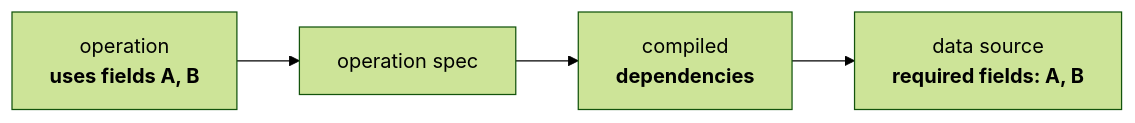
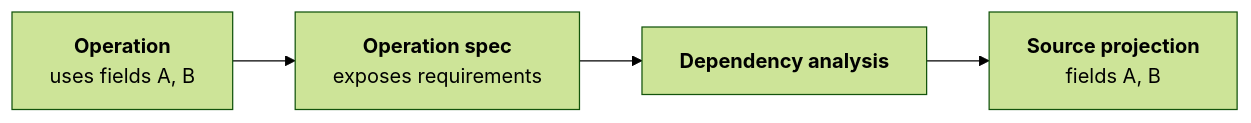
One commit to FAST-HEP/fasthep-flow changed the fifth of 7 diagrams in docs/authoring/index.md. Above: the diagram before and after it, drawn with Mermaid (forest theme). The commit also changed other lines of this file and 7 other files, not shown here.

````diff
--- a/docs/authoring/index.md
+++ b/docs/authoring/index.md
@@ -353,9 +354,9 @@
 ```{mermaid}
 flowchart LR
-    Expr["operation<br/><b>uses fields A, B</b>"]
-    Spec["operation spec"]
-    Deps["compiled<br/><b>dependencies</b>"]
-    Source["data source<br/><b>required fields: A, B</b>"]
+    Operation["<b>Operation</b><br/>uses fields A, B"]:::capability
+    Spec["<b>Operation spec</b><br/>exposes requirements"]:::flow
+    Compiler["<b>Dependency analysis</b>"]:::flow
+    Source["<b>Source projection</b><br/>fields A, B"]:::source
 
-    Expr --> Spec --> Deps --> Source
+    Operation --> Spec --> Compiler --> Source
 ```
````
